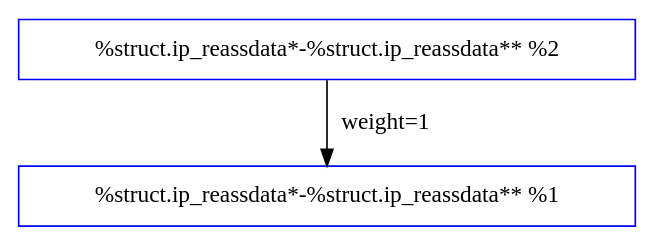
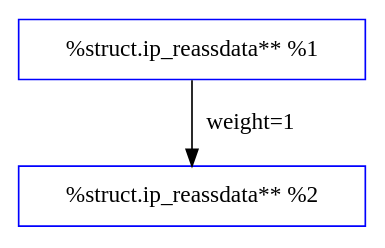
One commit to albaq77/GenerateDFG changed the diagram in input/lwip/ip_reass_tmr_variable_access_graph.dot. Above: the diagram before and after it, drawn with Graphviz. The commit also changed 187 other files, not shown here.

```diff
--- a/input/lwip/ip_reass_tmr_variable_access_graph.dot
+++ b/input/lwip/ip_reass_tmr_variable_access_graph.dot
@@ -1,5 +1,5 @@
 strict digraph ip_reass_tmr {
-  1 [label="%struct.ip_reassdata*-%struct.ip_reassdata** %1", size=40, color=blue, shape=record];
-  2 [label="%struct.ip_reassdata*-%struct.ip_reassdata** %2", size=40, color=blue, shape=record];
-  2 -> 1 [label="weight=1", weight="1"];
+  1 [label="%struct.ip_reassdata** %1", size=40, color=blue, shape=record];
+  2 [label="%struct.ip_reassdata** %2", size=40, color=blue, shape=record];
+  1 -> 2 [label="weight=1", weight="1"];
 }
```
